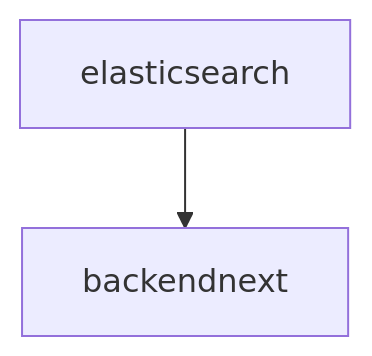
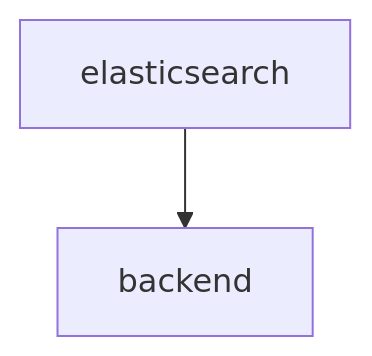
One commit to SciCatProject/scicatlive changed the diagram in services/backendnext/README.md. Above: the diagram before and after it, drawn with Mermaid. The commit also changed other lines of this file and 13 other files, not shown here.

Commit message:
Change references to backend and backendnext

````diff
--- a/services/backendnext/README.md
+++ b/services/backendnext/README.md
@@ -26,4 +26,4 @@
 ```mermaid
 graph TD   
-    elasticsearch --> backendnext
+    elasticsearch --> backend
 ```
````
